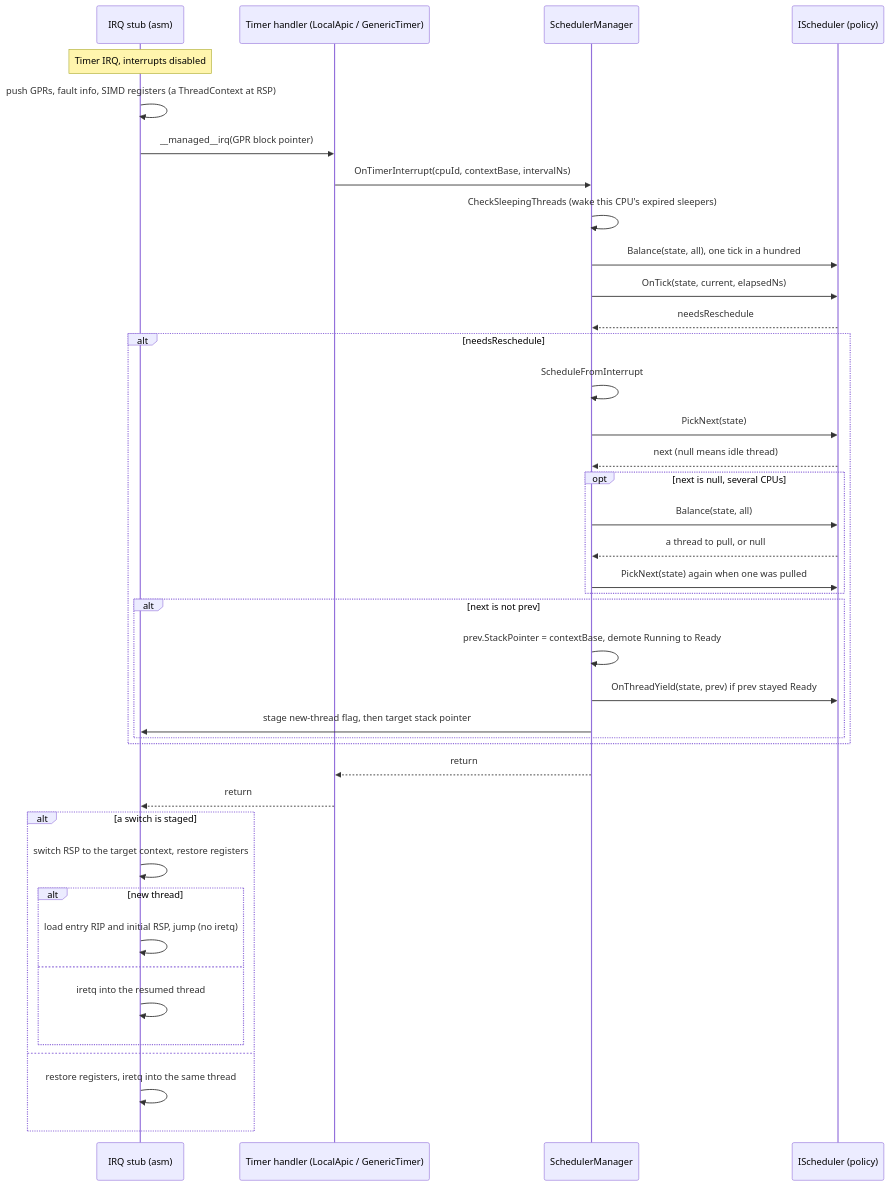
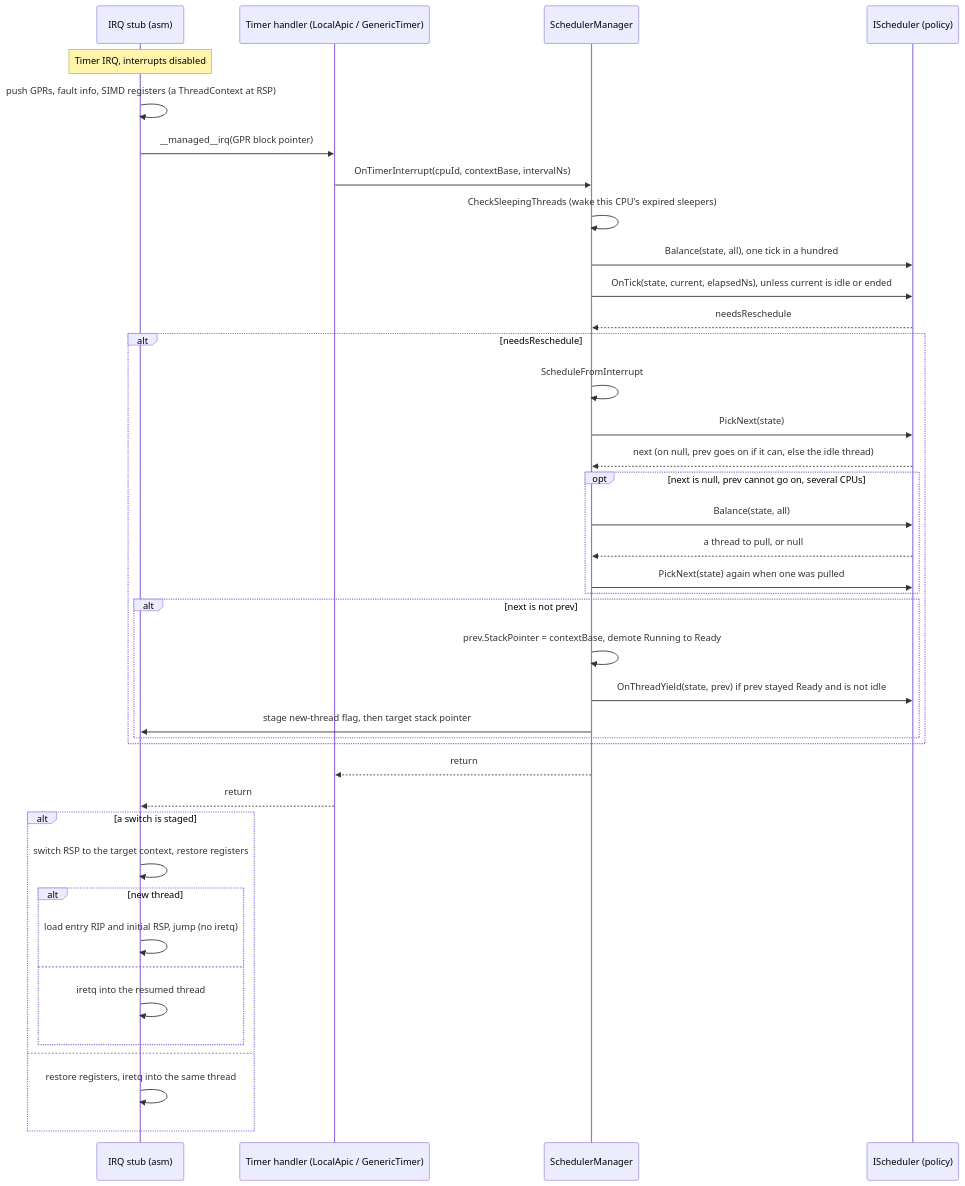
One commit to CosmosOS/Cosmos changed the second of 3 diagrams in docs/articles/dev/scheduler.md. Above: the diagram before and after it, drawn with Mermaid. The commit also changed other lines of this file and 9 other files, not shown here.

````diff
--- a/docs/articles/dev/scheduler.md
+++ b/docs/articles/dev/scheduler.md
@@ -152,43 +168,43 @@
 ```mermaid
 sequenceDiagram
     participant ASM as IRQ stub (asm)
     participant TH as Timer handler (LocalApic / GenericTimer)
     participant SM as SchedulerManager
     participant SC as IScheduler (policy)
 
     Note over ASM: Timer IRQ, interrupts disabled
     ASM->>ASM: push GPRs, fault info, SIMD registers (a ThreadContext at RSP)
     ASM->>TH: __managed__irq(GPR block pointer)
     TH->>SM: OnTimerInterrupt(cpuId, contextBase, intervalNs)
     SM->>SM: CheckSleepingThreads (wake this CPU's expired sleepers)
     SM->>SC: Balance(state, all), one tick in a hundred
-    SM->>SC: OnTick(state, current, elapsedNs)
+    SM->>SC: OnTick(state, current, elapsedNs), unless current is idle or ended
     SC-->>SM: needsReschedule
     alt needsReschedule
         SM->>SM: ScheduleFromInterrupt
         SM->>SC: PickNext(state)
-        SC-->>SM: next (null means idle thread)
-        opt next is null, several CPUs
+        SC-->>SM: next (on null, prev goes on if it can, else the idle thread)
+        opt next is null, prev cannot go on, several CPUs
             SM->>SC: Balance(state, all)
             SC-->>SM: a thread to pull, or null
             SM->>SC: PickNext(state) again when one was pulled
         end
         alt next is not prev
             SM->>SM: prev.StackPointer = contextBase, demote Running to Ready
-            SM->>SC: OnThreadYield(state, prev) if prev stayed Ready
+            SM->>SC: OnThreadYield(state, prev) if prev stayed Ready and is not idle
             SM->>ASM: stage new-thread flag, then target stack pointer
         end
     end
     SM-->>TH: return
     TH-->>ASM: return
     alt a switch is staged
         ASM->>ASM: switch RSP to the target context, restore registers
         alt new thread
             ASM->>ASM: load entry RIP and initial RSP, jump (no iretq)
         else
             ASM->>ASM: iretq into the resumed thread
         end
     else
         ASM->>ASM: restore registers, iretq into the same thread
     end
 ```
````
